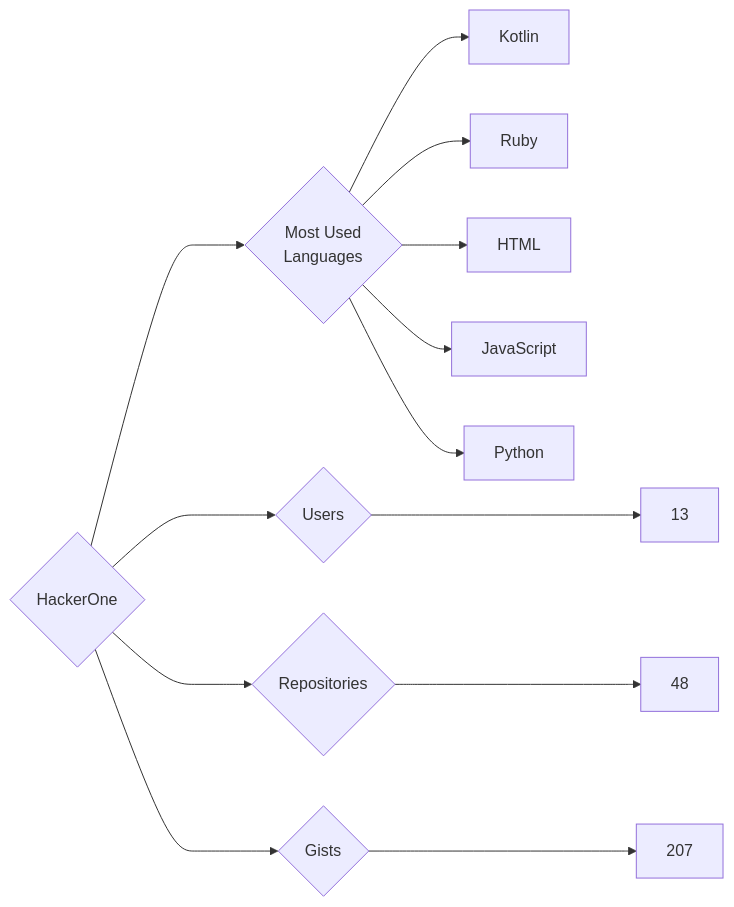
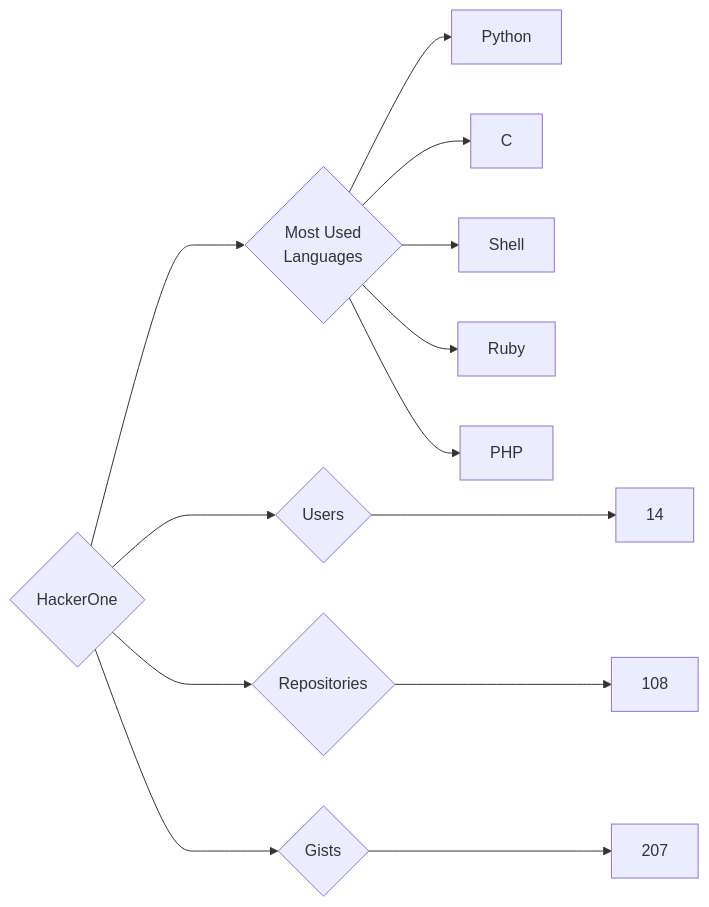
Before and after one commit to trickest/insiders: the diagram in targets/HackerOne/README.md, drawn with Mermaid. The commit also changed 1195 other files, not shown here.

````diff
--- a/targets/HackerOne/README.md
+++ b/targets/HackerOne/README.md
@@ -3,13 +3,13 @@
 ```mermaid
 graph LR
 COMPANY_NAME{HackerOne}
-COMPANY_NAME ---> U{Users} ---> UN[13]
-COMPANY_NAME ---> R{Repositories} ---> RN[48]
+COMPANY_NAME ---> U{Users} ---> UN[14]
+COMPANY_NAME ---> R{Repositories} ---> RN[108]
 COMPANY_NAME ---> G{Gists} ---> GN[207]
 COMPANY_NAME ---> ML{Most Used<br>Languages}
-ML --> Kotlin[Kotlin]
+ML --> Python[Python]
+ML --> C[C]
+ML --> Shell[Shell]
 ML --> Ruby[Ruby]
-ML --> HTML[HTML]
-ML --> JavaScript[JavaScript]
-ML --> Python[Python]
+ML --> PHP[PHP]
 ```
````
